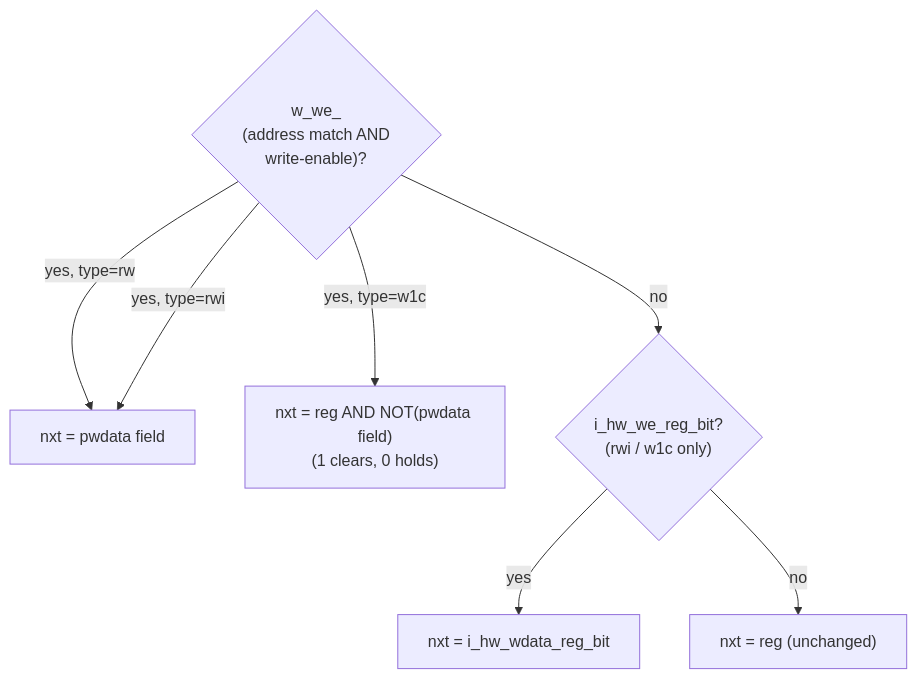
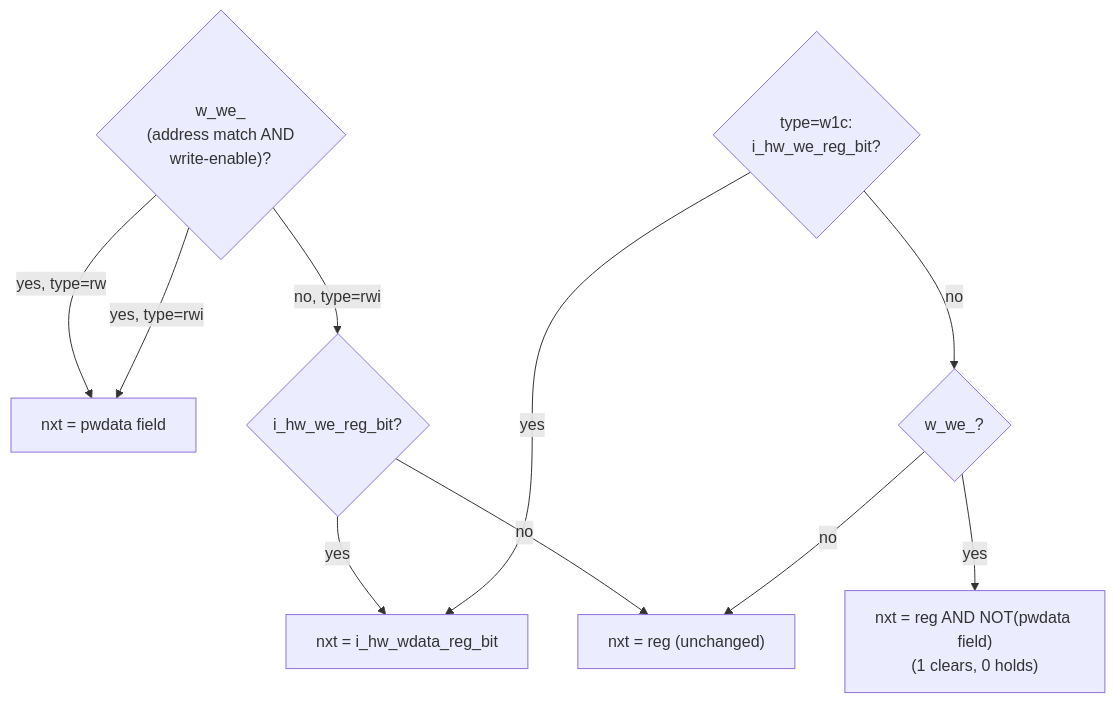
The third of 5 diagrams in README.md (nguyenquanicd/APB-CSR-Generator), drawn with Mermaid before and after one commit. The commit also changed other lines of this file and 5 other files, not shown here.

````diff
--- a/README.md
+++ b/README.md
@@ -159,10 +159,13 @@
 ```mermaid
 flowchart TD
     WE{"w_we_<reg>\n(address match AND\nwrite-enable)?"}
     WE -->|"yes, type=rw"| SWVAL["nxt = pwdata field"]
     WE -->|"yes, type=rwi"| SWVAL
-    WE -->|"yes, type=w1c"| CLR["nxt = reg AND NOT(pwdata field)\n(1 clears, 0 holds)"]
-    WE -->|"no"| HWCHK{"i_hw_we_reg_bit?\n(rwi / w1c only)"}
+    WE -->|"no, type=rwi"| HWCHK{"i_hw_we_reg_bit?"}
     HWCHK -->|"yes"| HWVAL["nxt = i_hw_wdata_reg_bit"]
     HWCHK -->|"no"| HOLD["nxt = reg (unchanged)"]
+    W1H{"type=w1c:\ni_hw_we_reg_bit?"} -->|"yes"| HWVAL
+    W1H -->|"no"| W1W{"w_we_<reg>?"}
+    W1W -->|"yes"| CLR["nxt = reg AND NOT(pwdata field)\n(1 clears, 0 holds)"]
+    W1W -->|"no"| HOLD
 ```
````
